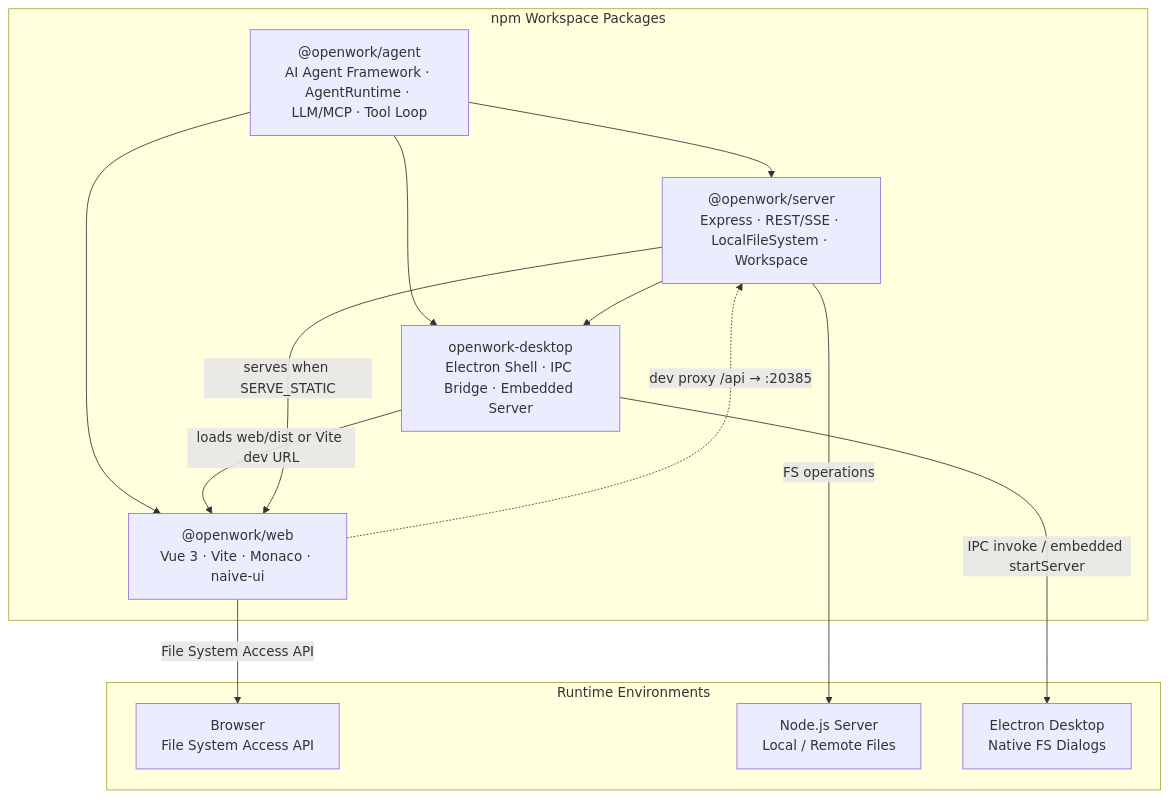
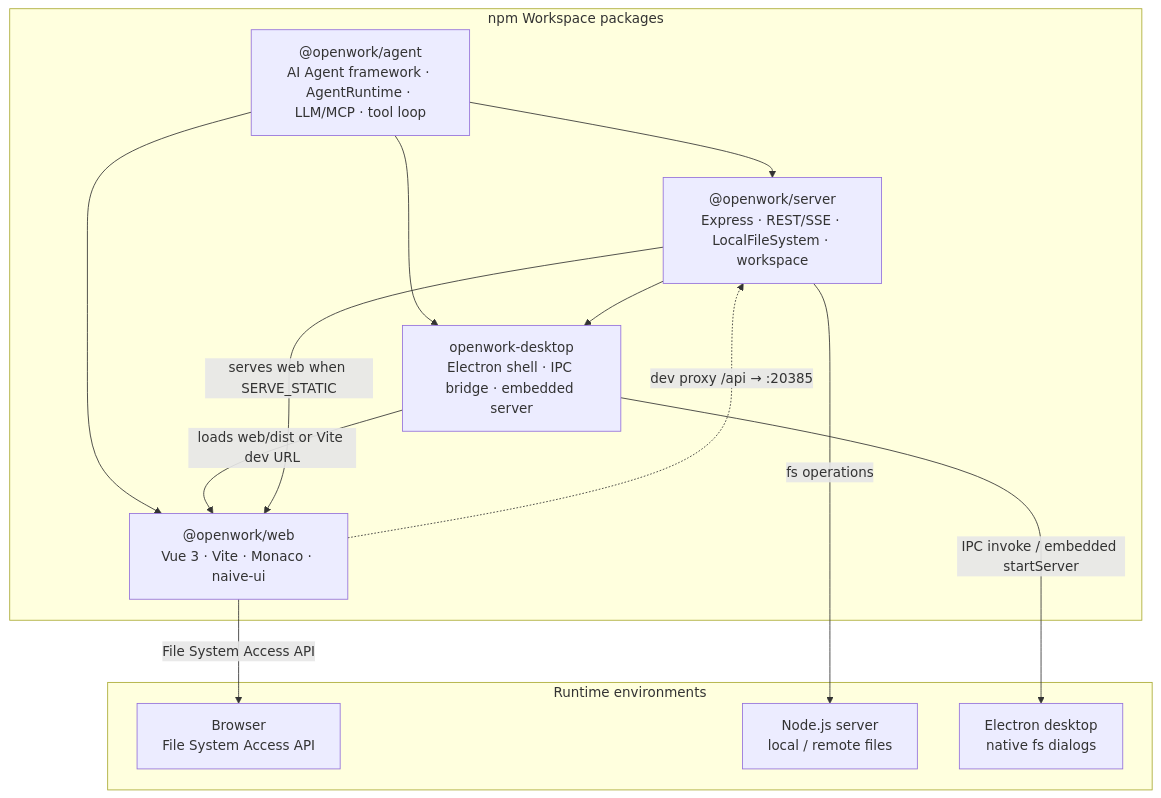
The second of 5 diagrams in README_EN.md (yishuw/Openwork_wy), drawn with Mermaid before and after one commit. The commit also changed other lines of this file and 16 other files, not shown here.

````diff
--- a/README_EN.md
+++ b/README_EN.md
@@ -183,26 +200,26 @@
 ```mermaid
 graph TB
-    subgraph Packages["npm Workspace Packages"]
-        agent["@openwork/agent<br/>AI Agent Framework · AgentRuntime · LLM/MCP · Tool Loop"]
-        server["@openwork/server<br/>Express · REST/SSE · LocalFileSystem · Workspace"]
+    subgraph Packages["npm Workspace packages"]
+        agent["@openwork/agent<br/>AI Agent framework · AgentRuntime · LLM/MCP · tool loop"]
+        server["@openwork/server<br/>Express · REST/SSE · LocalFileSystem · workspace"]
         web["@openwork/web<br/>Vue 3 · Vite · Monaco · naive-ui"]
-        electron["openwork-desktop<br/>Electron Shell · IPC Bridge · Embedded Server"]
+        electron["openwork-desktop<br/>Electron shell · IPC bridge · embedded server"]
     end
 
-    subgraph Runtime["Runtime Environments"]
+    subgraph Runtime["Runtime environments"]
         browser["Browser<br/>File System Access API"]
-        node_srv["Node.js Server<br/>Local / Remote Files"]
-        desktop["Electron Desktop<br/>Native FS Dialogs"]
+        node_srv["Node.js server<br/>local / remote files"]
+        desktop["Electron desktop<br/>native fs dialogs"]
     end
 
     agent --> server
     agent --> web
     agent --> electron
     server --> electron
     web -.->|dev proxy /api → :20385| server
     electron -->|loads web/dist or Vite dev URL| web
-    server -->|serves when SERVE_STATIC| web
+    server -->|serves web when SERVE_STATIC| web
     electron -->|IPC invoke / embedded startServer| desktop
-    server -->|FS operations| node_srv
+    server -->|fs operations| node_srv
     web -->|File System Access API| browser
 ```
````
